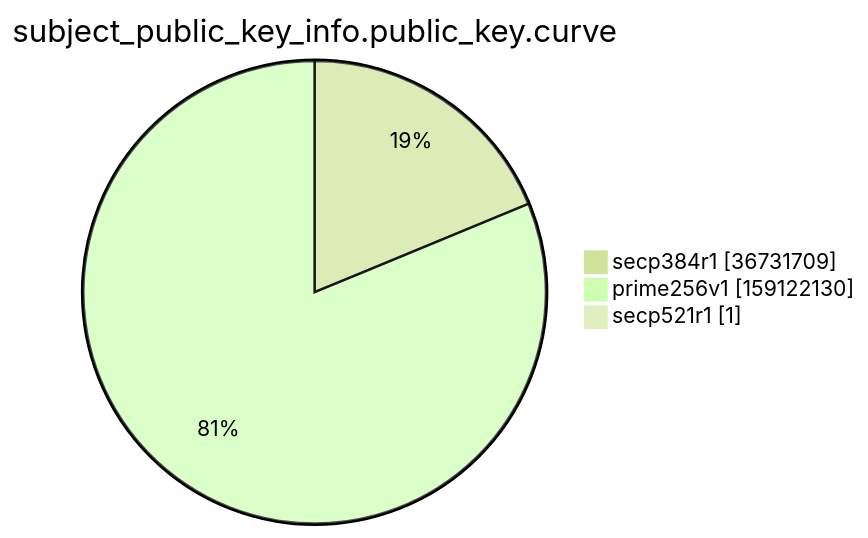
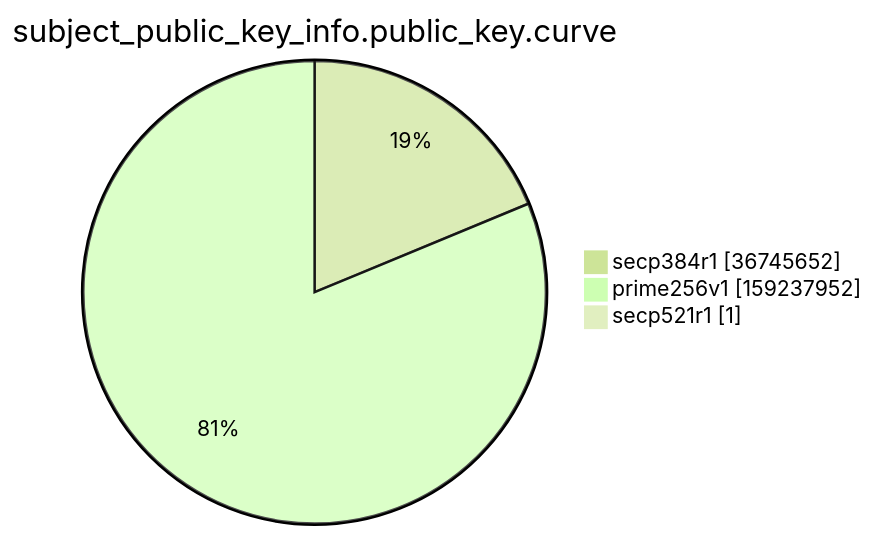
Before and after one commit to christiankrug/ctmonitor_visualization: the ninth of 15 diagrams in argon2022/README.md, drawn with Mermaid (forest theme). The commit also changed other lines of this file, not shown here.

````diff
--- a/argon2022/README.md
+++ b/argon2022/README.md
@@ -2766,7 +2766,7 @@
 ```mermaid
 pie showData
 title subject_public_key_info.public_key.curve
-"secp384r1" :36731709
-"prime256v1" :159122130
+"secp384r1" :36745652
+"prime256v1" :159237952
 "secp521r1" :1
 ```
````
